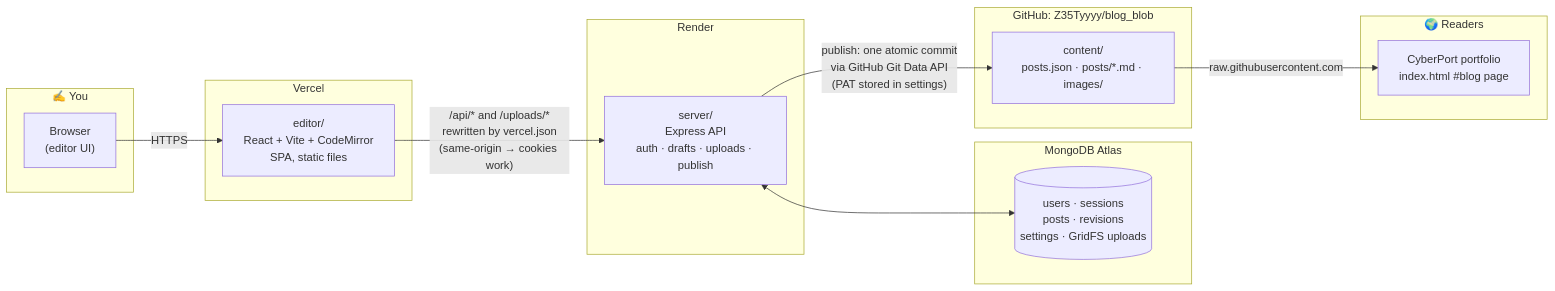
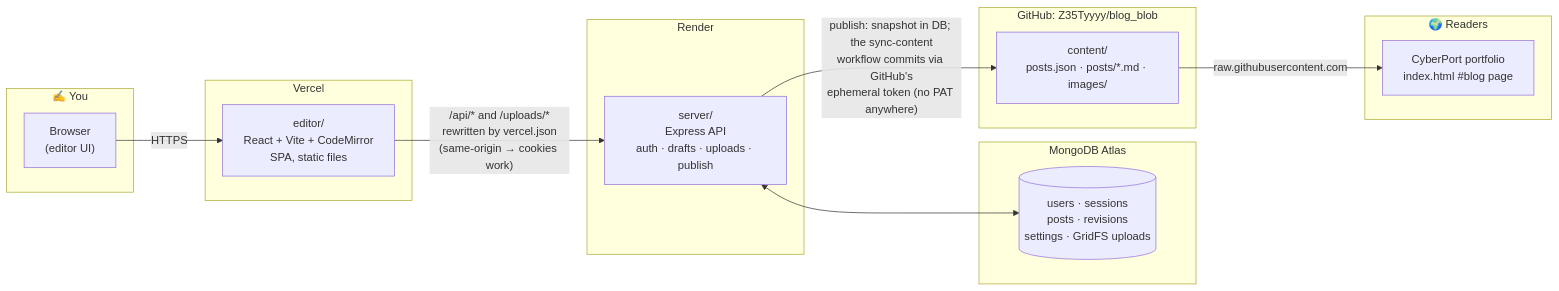
Before and after one commit to Z35Tyyyy/blog_blob: the first of 5 diagrams in ARCHITECTURE.md, drawn with Mermaid. The commit also changed other lines of this file and 15 other files, not shown here.

````diff
--- a/ARCHITECTURE.md
+++ b/ARCHITECTURE.md
@@ -10,32 +10,32 @@
 ```mermaid
 flowchart LR
     subgraph you["✍️ You"]
         browser["Browser<br/>(editor UI)"]
     end
 
     subgraph vercel["Vercel"]
         editor["editor/<br/>React + Vite + CodeMirror<br/>SPA, static files"]
     end
 
     subgraph render["Render"]
         api["server/<br/>Express API<br/>auth · drafts · uploads · publish"]
     end
 
     subgraph atlas["MongoDB Atlas"]
         mongo[("users · sessions<br/>posts · revisions<br/>settings · GridFS uploads")]
     end
 
     subgraph github["GitHub: Z35Tyyyy/blog_blob"]
         content["content/<br/>posts.json · posts/*.md · images/"]
     end
 
     subgraph reader["🌍 Readers"]
         portfolio["CyberPort portfolio<br/>index.html #blog page"]
     end
 
     browser -->|"HTTPS"| editor
     editor -->|"/api/* and /uploads/*<br/>rewritten by vercel.json<br/>(same-origin → cookies work)"| api
     api <--> mongo
-    api -->|"publish: one atomic commit<br/>via GitHub Git Data API<br/>(PAT stored in settings)"| content
+    api -->|"publish: snapshot in DB; the sync-content<br/>workflow commits via GitHub's<br/>ephemeral token (no PAT anywhere)"| content
     content -->|"raw.githubusercontent.com"| portfolio
 ```
````
